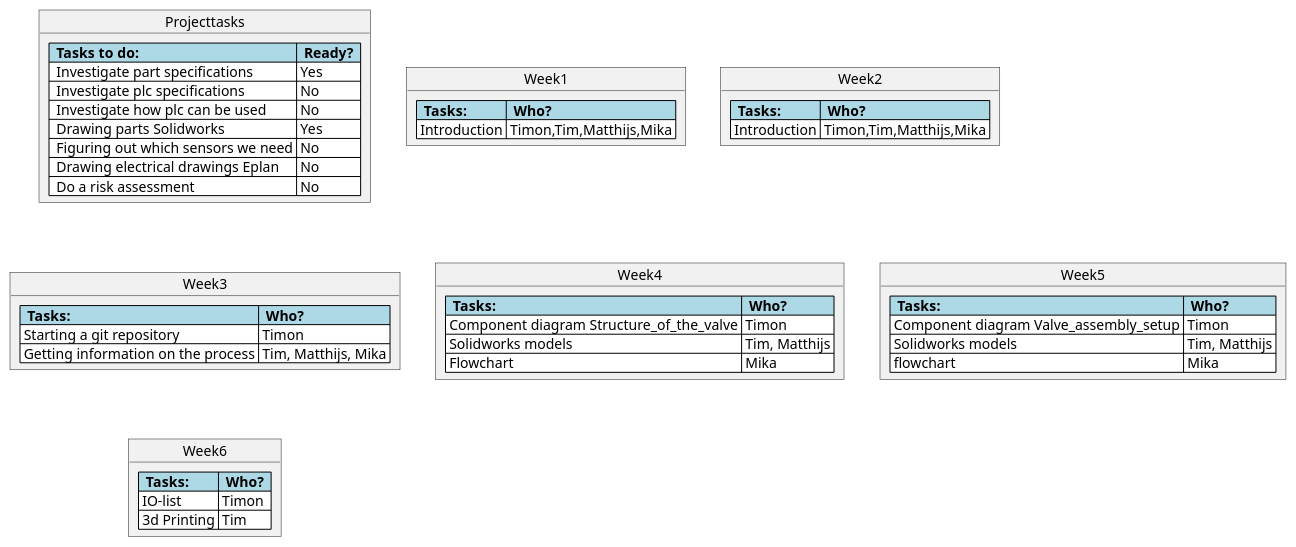
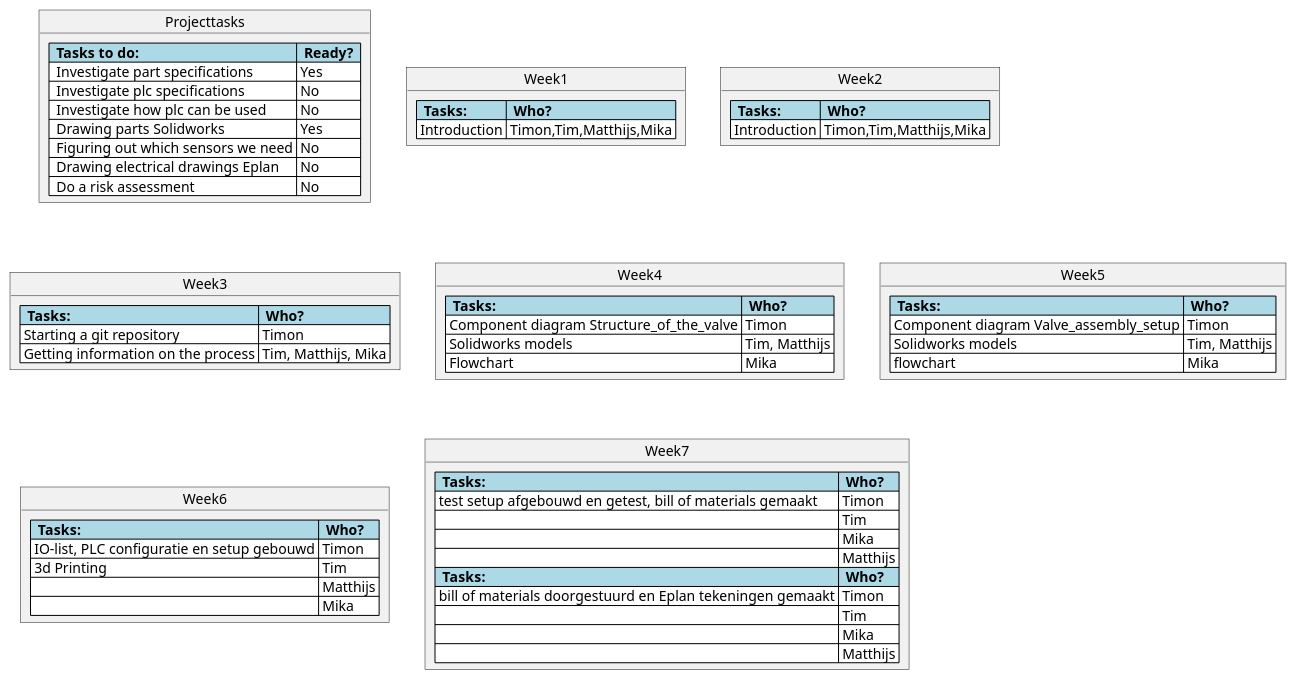
Before and after one commit to Timon14kraan/Project-Proces-and-Safety: the diagram in src/Tasks.md, drawn with PlantUML. The commit also changed 5 other files, not shown here.

Commit message:
aanpassingen in io-list en tasks

````diff
--- a/src/Tasks.md
+++ b/src/Tasks.md
@@ -5,52 +5,71 @@
 ```plantuml
 @startuml
 
 object Projecttasks {
   <#lightblue,#black>|=  Tasks to do:  |=  Ready?  |
   <#white>|  Investigate part specifications | Yes | 
   <#white>|  Investigate plc specifications | No |
   <#white>|  Investigate how plc can be used  | No |
   <#white>|  Drawing parts Solidworks | Yes |
   <#white>|  Figuring out which sensors we need | No |
   <#white>|  Drawing electrical drawings Eplan | No |
   <#white>|  Do a risk assessment | No |
 }
 
 object Week1 {
   <#lightblue,#black>|=  Tasks:  |=  Who?  |
   <#white>| Introduction | Timon,Tim,Matthijs,Mika |
 }
 
 object Week2 {
   <#lightblue,#black>|=  Tasks:  |=  Who?  |
   <#white>| Introduction | Timon,Tim,Matthijs,Mika |
 }
 
 object Week3 {
   <#lightblue,#black>|=  Tasks:  |=  Who?  |
   <#white>| Starting a git repository | Timon |
   <#white>| Getting information on the process | Tim, Matthijs, Mika |
 }
 
 object Week4 {
   <#lightblue,#black>|=  Tasks:  |=  Who?  |
   <#white>| Component diagram Structure_of_the_valve | Timon |
   <#white>| Solidworks models| Tim, Matthijs |
   <#white>| Flowchart| Mika |
 }
 
 object Week5 {
   <#lightblue,#black>|=  Tasks:  |=  Who?  |
   <#white>| Component diagram Valve_assembly_setup | Timon |
   <#white>| Solidworks models| Tim, Matthijs |
   <#white>| flowchart| Mika |
 }
 
 object Week6 {
   <#lightblue,#black>|=  Tasks:  |=  Who?  |
-  <#white>| IO-list | Timon |
+  <#white>| IO-list, PLC configuratie en setup gebouwd | Timon |
   <#white>| 3d Printing | Tim |
+  <#white>| | Matthijs |
+  <#white>|  | Mika |
 }
+
+object Week7 {
+  <#lightblue,#black>|=  Tasks:  |=  Who?  |
+  <#white>| test setup afgebouwd en getest, bill of materials gemaakt | Timon |
+  <#white>|  | Tim |
+  <#white>|  | Mika |
+  <#white>|  | Matthijs |
+}
+
+object Week7 {
+  <#lightblue,#black>|=  Tasks:  |=  Who?  |
+  <#white>| bill of materials doorgestuurd en Eplan tekeningen gemaakt | Timon |
+  <#white>|  | Tim |
+  <#white>|  | Mika |
+  <#white>|  | Matthijs |
+}
+
 
 @endulm
 ```
````
